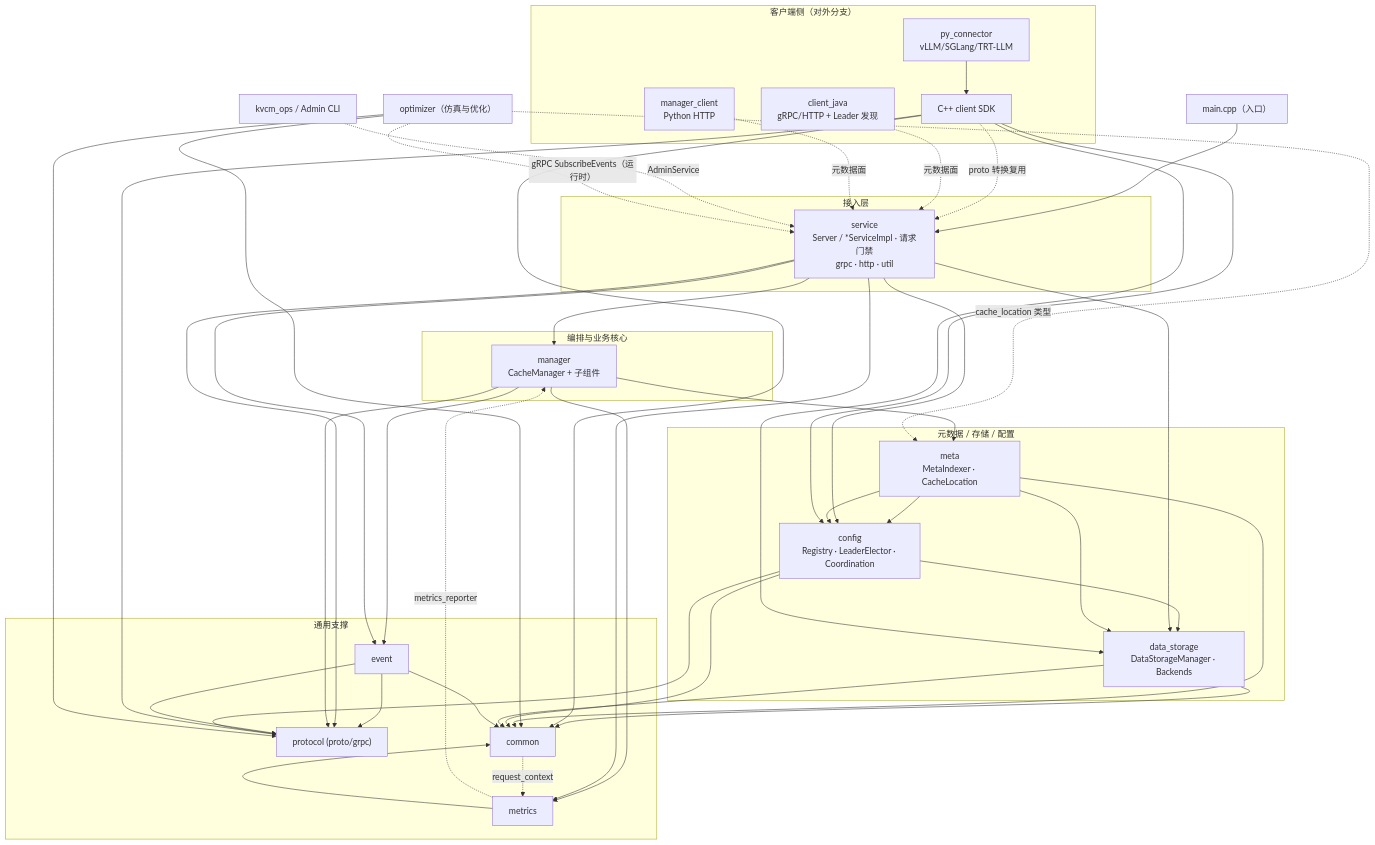
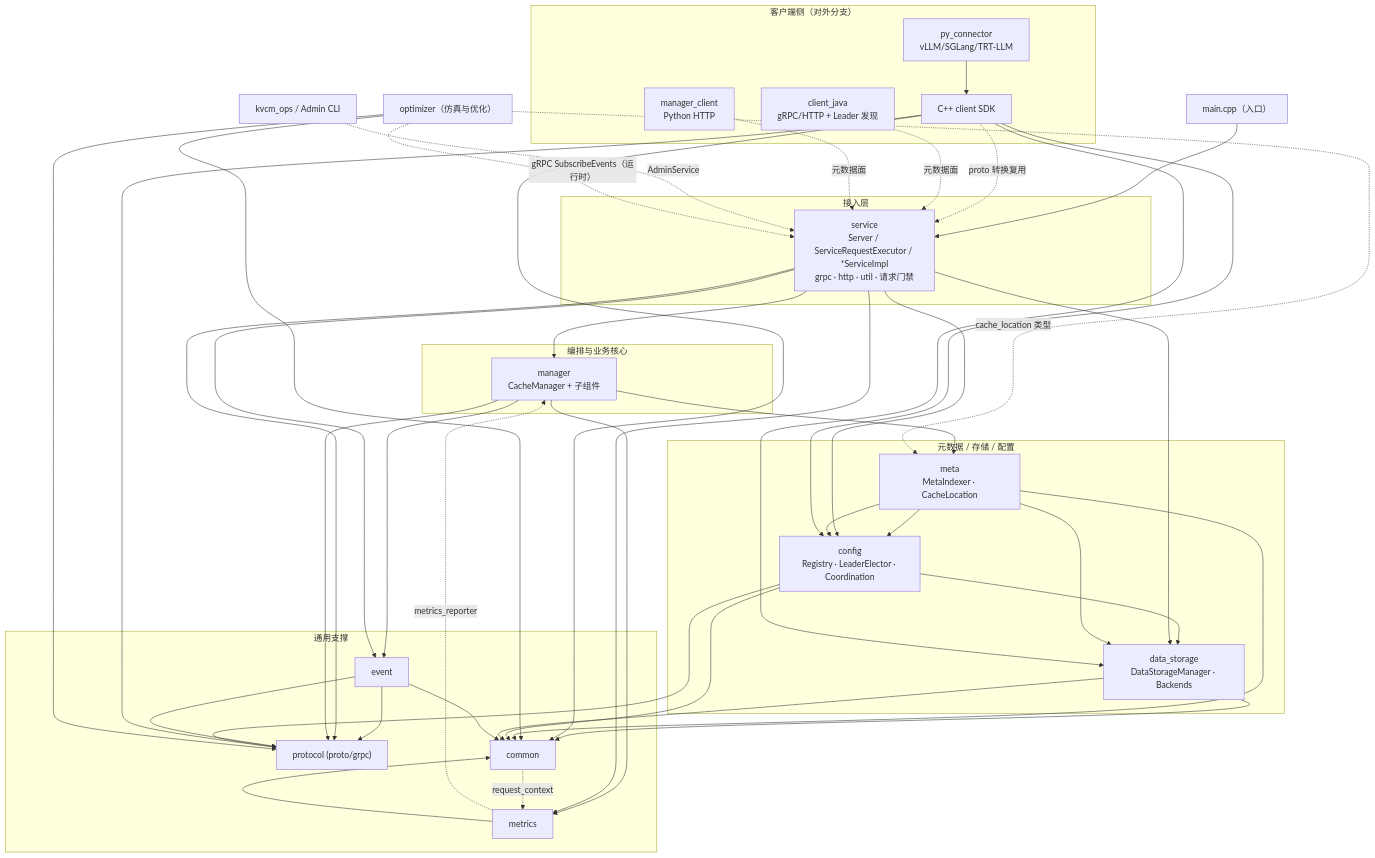
The first of 3 diagrams in docs/design/module_architecture.md (alibaba/tair-kvcache), drawn with Mermaid before and after one commit. The commit also changed other lines of this file and 34 other files, not shown here.

```diff
--- a/docs/design/module_architecture.md
+++ b/docs/design/module_architecture.md
@@ -137,7 +137,7 @@
     main["main.cpp（入口）"]
 
     subgraph access["接入层"]
-        service["service<br/>Server / *ServiceImpl · 请求门禁<br/>grpc · http · util"]
+        service["service<br/>Server / ServiceRequestExecutor / *ServiceImpl<br/>grpc · http · util · 请求门禁"]
     end
 
     subgraph core["编排与业务核心"]
```
